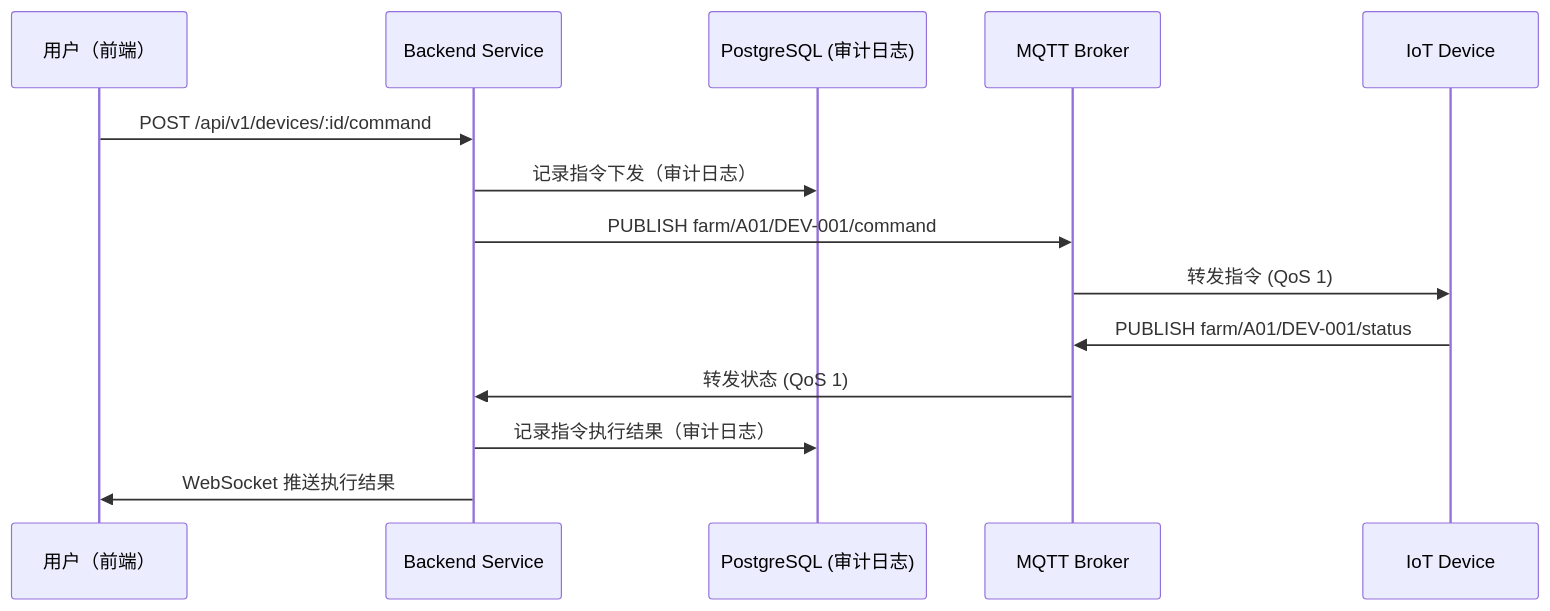
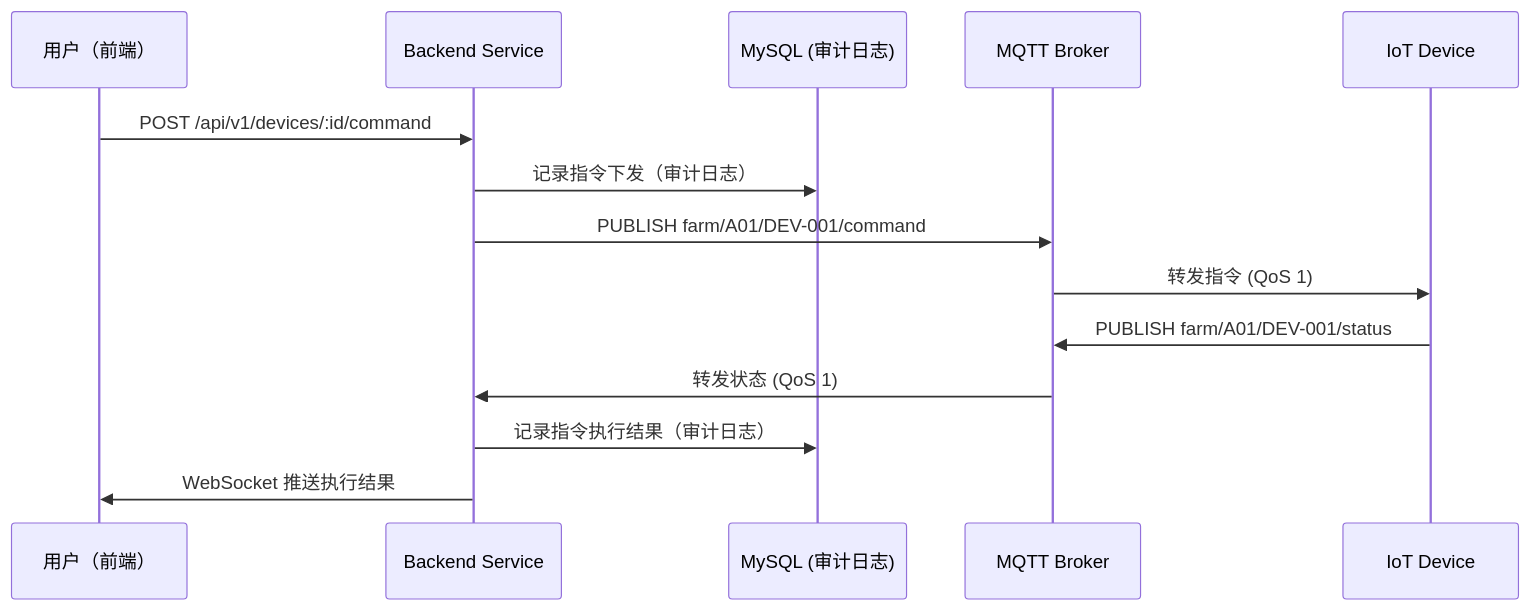
One commit to abc-nikc/Agri_005 changed the second of 2 diagrams in specs/001-farm-management-system/contracts/mqtt-contracts.md. Above: the diagram before and after it, drawn with Mermaid. The commit also changed other lines of this file and 38 other files, not shown here.

Commit message:
fix: complete MySQL migration and startup flow

````diff
--- a/specs/001-farm-management-system/contracts/mqtt-contracts.md
+++ b/specs/001-farm-management-system/contracts/mqtt-contracts.md
@@ -324,17 +324,17 @@
 ```mermaid
 sequenceDiagram
     participant User as 用户（前端）
     participant Backend as Backend Service
-    participant Postgres as PostgreSQL (审计日志)
+    participant MySQL as MySQL (审计日志)
     participant Broker as MQTT Broker
     participant Device as IoT Device
 
     User->>Backend: POST /api/v1/devices/:id/command
-    Backend->>Postgres: 记录指令下发（审计日志）
+    Backend->>MySQL: 记录指令下发（审计日志）
     Backend->>Broker: PUBLISH farm/A01/DEV-001/command
     Broker->>Device: 转发指令 (QoS 1)
     Device->>Broker: PUBLISH farm/A01/DEV-001/status
     Broker->>Backend: 转发状态 (QoS 1)
-    Backend->>Postgres: 记录指令执行结果（审计日志）
+    Backend->>MySQL: 记录指令执行结果（审计日志）
     Backend->>User: WebSocket 推送执行结果
 ```
````
